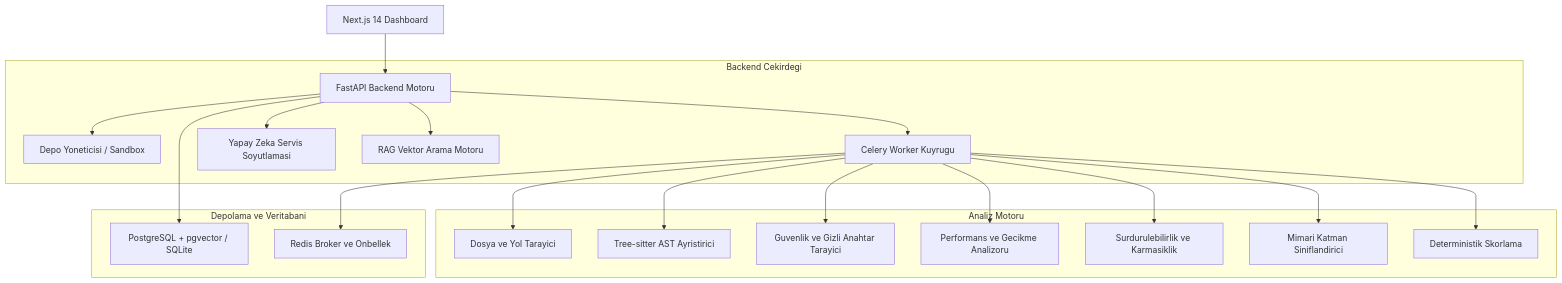
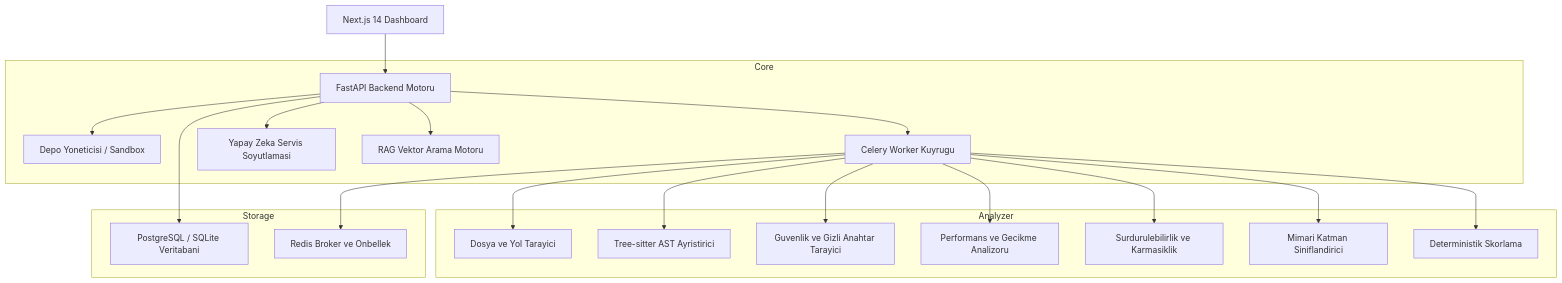
Before and after one commit to Berkan0535/-CodeXray: the first of 4 diagrams in README.md, drawn with Mermaid. The commit also changed other lines of this file, not shown here.

Commit message:
fix(docs): simplify Mermaid diagrams to universal graph TD syntax for seamless GitHub rendering

````diff
--- a/README.md
+++ b/README.md
@@ -37,26 +37,26 @@
 ```mermaid
-flowchart TD
+graph TD
     Client["Next.js 14 Dashboard"] --> API["FastAPI Backend Motoru"]
     
-    subgraph BackendCore["Backend Cekirdegi"]
-        API --> RepoMgr["Depo Yoneticisi / Sandbox"]
-        API --> TaskQueue["Celery Worker Kuyrugu"]
+    subgraph Core
+        API --> Sandbox["Depo Yoneticisi / Sandbox"]
+        API --> Worker["Celery Worker Kuyrugu"]
         API --> AIService["Yapay Zeka Servis Soyutlamasi"]
         API --> RAG["RAG Vektor Arama Motoru"]
     end
 
-    subgraph AnalysisEngine["Analiz Motoru"]
-        TaskQueue --> Scanner["Dosya ve Yol Tarayici"]
-        TaskQueue --> AST["Tree-sitter AST Ayristirici"]
-        TaskQueue --> Security["Guvenlik ve Gizli Anahtar Tarayici"]
-        TaskQueue --> Perf["Performans ve Gecikme Analizoru"]
-        TaskQueue --> Quality["Surdurulebilirlik ve Karmasiklik"]
-        TaskQueue --> Arch["Mimari Katman Siniflandirici"]
-        TaskQueue --> Scoring["Deterministik Skorlama"]
+    subgraph Analyzer
+        Worker --> Scanner["Dosya ve Yol Tarayici"]
+        Worker --> AST["Tree-sitter AST Ayristirici"]
+        Worker --> Security["Guvenlik ve Gizli Anahtar Tarayici"]
+        Worker --> Perf["Performans ve Gecikme Analizoru"]
+        Worker --> Quality["Surdurulebilirlik ve Karmasiklik"]
+        Worker --> Arch["Mimari Katman Siniflandirici"]
+        Worker --> Scoring["Deterministik Skorlama"]
     end
 
-    subgraph StorageDB["Depolama ve Veritabani"]
-        API --> DB["PostgreSQL + pgvector / SQLite"]
-        TaskQueue --> Redis["Redis Broker ve Onbellek"]
+    subgraph Storage
+        API --> DB["PostgreSQL / SQLite Veritabani"]
+        Worker --> Redis["Redis Broker ve Onbellek"]
     end
 ```
````
